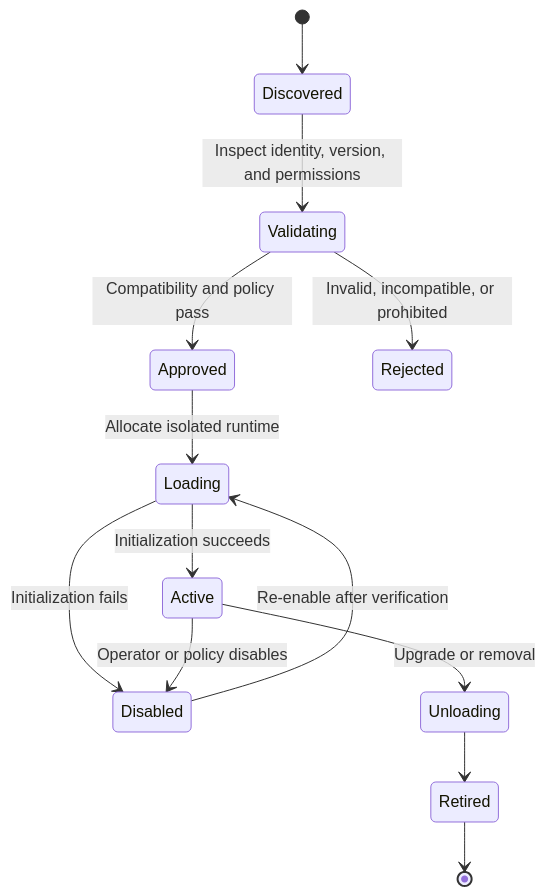
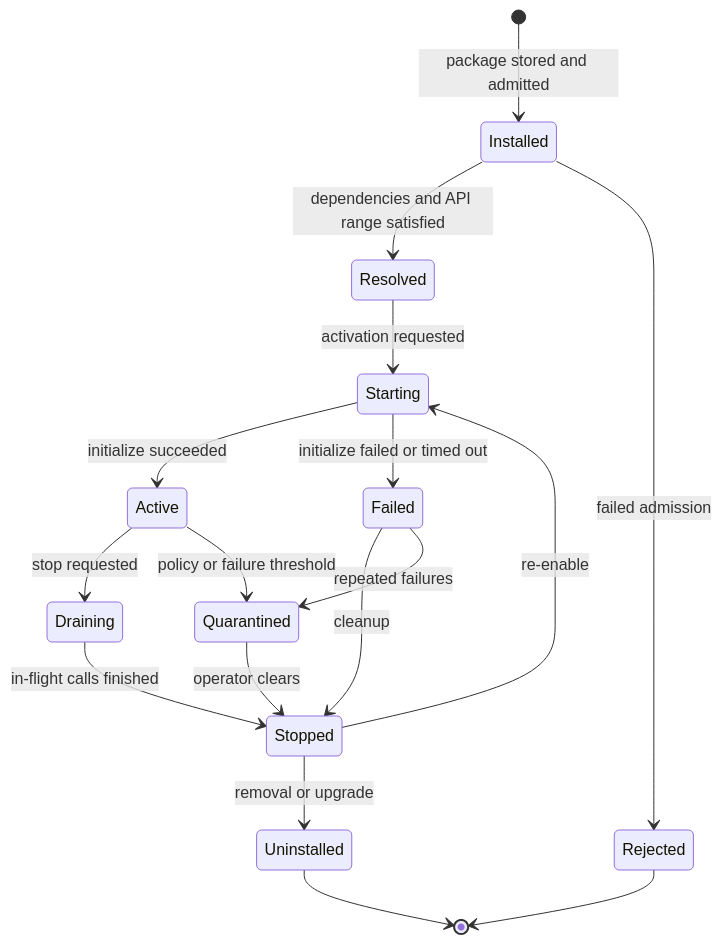
Before and after one commit to joydasss/Architect: the third of 11 diagrams in 20_Architecture_Patterns/CH14_Plugin_Architecture.md, drawn with Mermaid. The commit also changed other lines of this file and 295 other files, not shown here.

````diff
--- a/20_Architecture_Patterns/CH14_Plugin_Architecture.md
+++ b/20_Architecture_Patterns/CH14_Plugin_Architecture.md
@@ -30,15 +360,19 @@
 ```mermaid
 stateDiagram-v2
-    [*] --> Discovered
-    Discovered --> Validating: Inspect identity, version, and permissions
-    Validating --> Approved: Compatibility and policy pass
-    Validating --> Rejected: Invalid, incompatible, or prohibited
-    Approved --> Loading: Allocate isolated runtime
-    Loading --> Active: Initialization succeeds
-    Loading --> Disabled: Initialization fails
-    Active --> Disabled: Operator or policy disables
-    Disabled --> Loading: Re-enable after verification
-    Active --> Unloading: Upgrade or removal
-    Unloading --> Retired
-    Retired --> [*]
+    [*] --> Installed: package stored and admitted
+    Installed --> Resolved: dependencies and API range satisfied
+    Installed --> Rejected: failed admission
+    Resolved --> Starting: activation requested
+    Starting --> Active: initialize succeeded
+    Starting --> Failed: initialize failed or timed out
+    Active --> Draining: stop requested
+    Draining --> Stopped: in-flight calls finished
+    Stopped --> Starting: re-enable
+    Stopped --> Uninstalled: removal or upgrade
+    Failed --> Stopped: cleanup
+    Failed --> Quarantined: repeated failures
+    Active --> Quarantined: policy or failure threshold
+    Quarantined --> Stopped: operator clears
+    Uninstalled --> [*]
+    Rejected --> [*]
 ```
````
